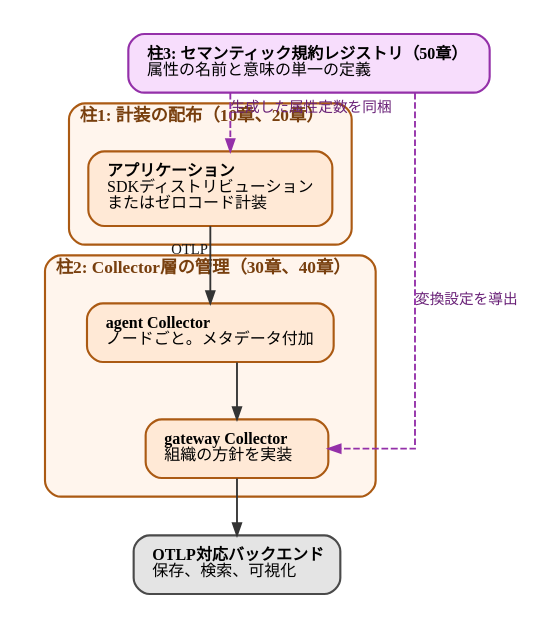
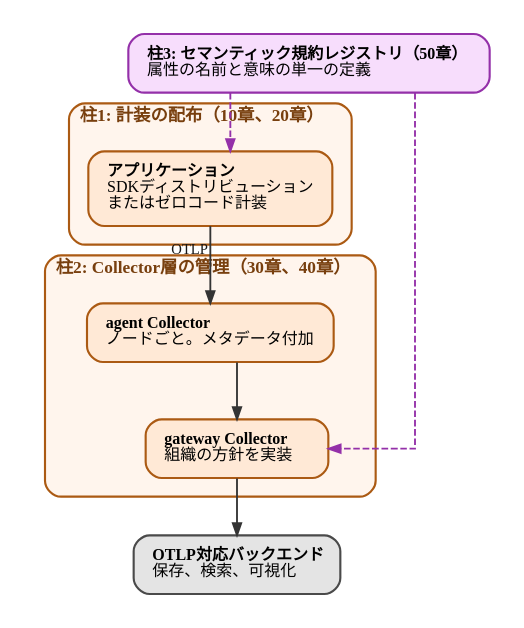
Before and after one commit to ymotongpoo/zenn.dev: the diagram in diagrams/observability-platform-with-otel/20260926-three-pillars.dot, drawn with Graphviz. The commit also changed 20 other files, not shown here.

```diff
--- a/diagrams/observability-platform-with-otel/20260926-three-pillars.dot
+++ b/diagrams/observability-platform-with-otel/20260926-three-pillars.dot
@@ -1,46 +1,48 @@
 // セルフサービステレメトリー基盤の3本柱
 digraph three_pillars {
   graph [
     fontname="IBM Plex Sans JP", fontsize=13,
     rankdir=TB, compound=true, splines=ortho,
     nodesep=0.5, ranksep=0.6, pad=0.25,
     bgcolor="white", newrank=true
   ];
   node [
     fontname="IBM Plex Sans JP", fontsize=12,
     shape=box, style="rounded,filled",
     fillcolor="#E4E4E4", color="#4A4A4A", penwidth=1.6,
     margin="0.2,0.14"
   ];
   edge [
     fontname="IBM Plex Sans JP", fontsize=11,
     color="#343434", penwidth=1.4, arrowsize=0.9,
     fontcolor="#171717"
   ];
 
   subgraph cluster_pillar1 {
     label=<<b>柱1: 計装の配布（10章、20章）</b>>;
     labeljust="l"; style="rounded"; penwidth=1.6;
     color="#AB5A13"; bgcolor="#FFF5ED"; fontcolor="#783F0E"; margin=14;
     app [label=<<b>アプリケーション</b><br align="left"/>SDKディストリビューション<br align="left"/>またはゼロコード計装<br align="left"/>>, fillcolor="#FFE9D6", color="#AB5A13"];
   }
 
   subgraph cluster_pillar2 {
     label=<<b>柱2: Collector層の管理（30章、40章）</b>>;
     labeljust="l"; style="rounded"; penwidth=1.6;
     color="#AB5A13"; bgcolor="#FFF5ED"; fontcolor="#783F0E"; margin=14;
     agent [label=<<b>agent Collector</b><br align="left"/>ノードごと。メタデータ付加<br align="left"/>>, fillcolor="#FFE9D6", color="#AB5A13"];
     gateway [label=<<b>gateway Collector</b><br align="left"/>組織の方針を実装<br align="left"/>>, fillcolor="#FFE9D6", color="#AB5A13"];
   }
 
   backend [label=<<b>OTLP対応バックエンド</b><br align="left"/>保存、検索、可視化<br align="left"/>>];
 
   registry [label=<<b>柱3: セマンティック規約レジストリ（50章）</b><br align="left"/>属性の名前と意味の単一の定義<br align="left"/>>, fillcolor="#F7DDFC", color="#9430A9"];
 
   app -> agent [xlabel=" OTLP"];
   agent -> gateway;
   gateway -> backend;
 
-  registry -> app [style=dashed, color="#9430A9", fontcolor="#6A2278", xlabel=" 生成した属性定数を同梱\l"];
-  registry -> gateway [style=dashed, color="#9430A9", fontcolor="#6A2278", xlabel=" 変換設定を導出\l"];
+  // 点線の意味（レジストリから生成した成果物の配布先）はキャプションが
+  // 述べている。ラベルを置くと矢印の線の上に文字が乗る。
+  registry -> app [style=dashed, color="#9430A9", fontcolor="#6A2278"];
+  registry -> gateway [style=dashed, color="#9430A9", fontcolor="#6A2278"];
 }
```
